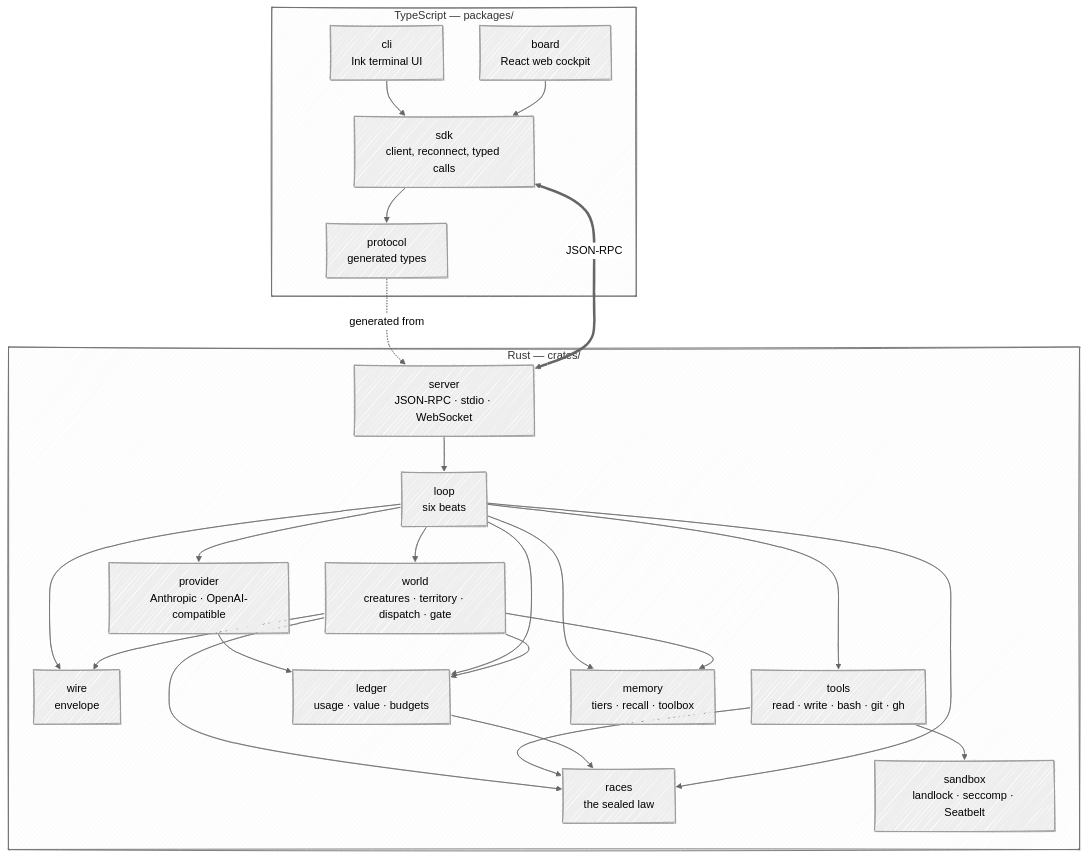
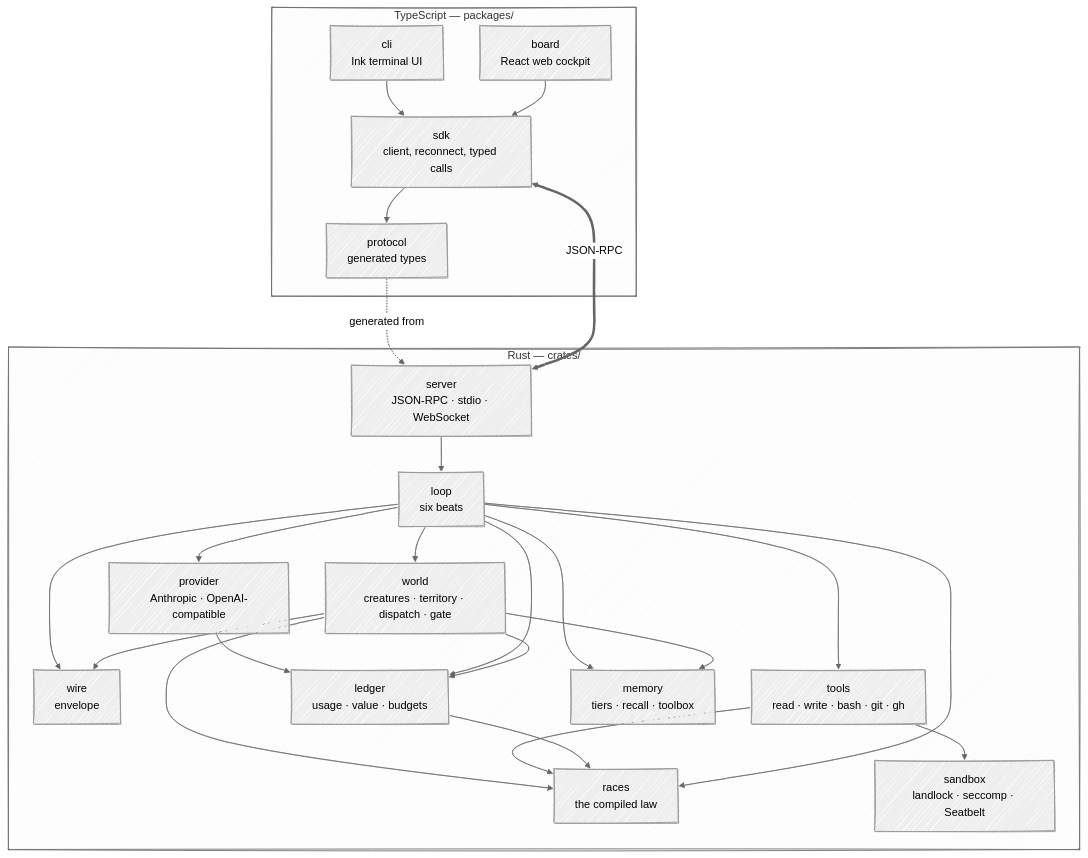
The first of 2 diagrams in docs/05-architecture.md (Kaginari/mnemorph), drawn with Mermaid before and after one commit. The commit also changed other lines of this file and 18 other files, not shown here.

````diff
--- a/docs/05-architecture.md
+++ b/docs/05-architecture.md
@@ -5,43 +5,43 @@
 ```mermaid
 ---
 config:
   look: handDrawn
   theme: neutral
 ---
 flowchart TB
     subgraph ts["TypeScript — packages/"]
       CLI["cli<br/>Ink terminal UI"]
       BOARD["board<br/>React web cockpit"]
       SDK["sdk<br/>client, reconnect, typed calls"]
       PROTO["protocol<br/>generated types"]
       CLI --> SDK
       BOARD --> SDK
       SDK --> PROTO
     end
     subgraph rs["Rust — crates/"]
       SERVER["server<br/>JSON-RPC · stdio · WebSocket"]
       LOOP["loop<br/>six beats"]
       WORLD["world<br/>creatures · territory · dispatch · gate"]
-      RACES["races<br/>the sealed law"]
+      RACES["races<br/>the compiled law"]
       WIRE["wire<br/>envelope"]
       TOOLS["tools<br/>read · write · bash · git · gh"]
       SANDBOX["sandbox<br/>landlock · seccomp · Seatbelt"]
       PROV["provider<br/>Anthropic · OpenAI-compatible"]
       LEDGER["ledger<br/>usage · value · budgets"]
       MEM["memory<br/>tiers · recall · toolbox"]
       SERVER --> LOOP
       LOOP --> WORLD --> RACES
       LOOP --> PROV --> LEDGER
       LOOP --> TOOLS --> SANDBOX
       TOOLS --> RACES
       LOOP --> LEDGER --> RACES
       LOOP --> MEM
       LOOP --> RACES
       LOOP --> WIRE
       WORLD --> WIRE
       WORLD --> LEDGER
       WORLD --> MEM
     end
     PROTO -. generated from .-> SERVER
     SDK <==>|JSON-RPC| SERVER
 ```
````
